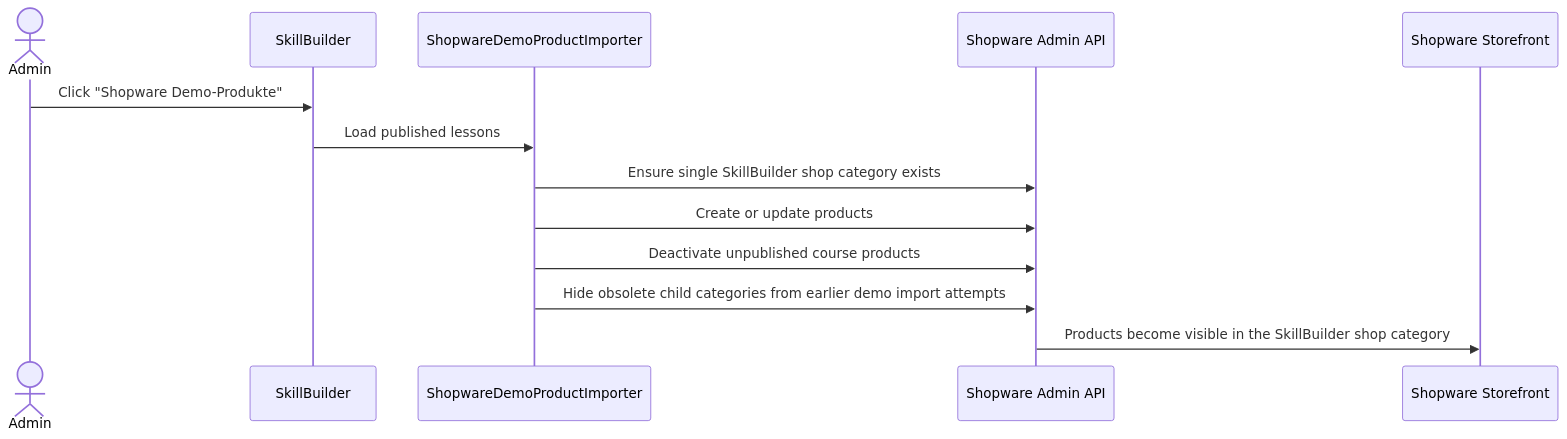
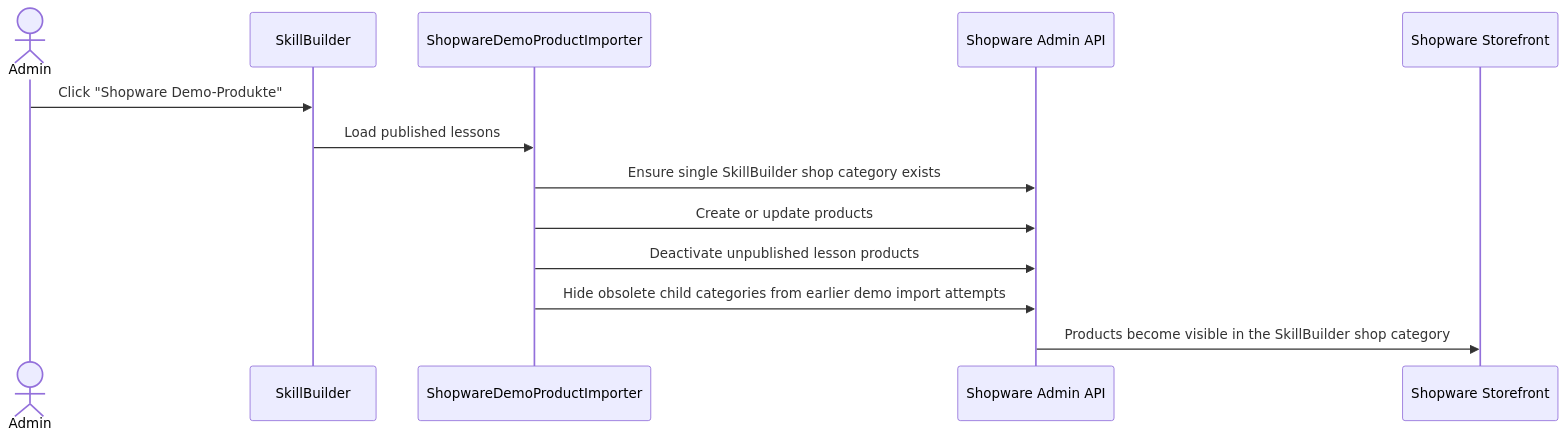
The second of 2 diagrams in docs/architecture.md (roadynet/skillbuilder-showcase), drawn with Mermaid before and after one commit.

Commit message:
Align Shopware lesson wording

````diff
--- a/docs/architecture.md
+++ b/docs/architecture.md
@@ -48,16 +48,16 @@
 ```mermaid
 sequenceDiagram
     actor Admin
     participant SkillBuilder
     participant Importer as ShopwareDemoProductImporter
     participant API as Shopware Admin API
     participant Storefront as Shopware Storefront
 
     Admin->>SkillBuilder: Click "Shopware Demo-Produkte"
     SkillBuilder->>Importer: Load published lessons
     Importer->>API: Ensure single SkillBuilder shop category exists
     Importer->>API: Create or update products
-    Importer->>API: Deactivate unpublished course products
+    Importer->>API: Deactivate unpublished lesson products
     Importer->>API: Hide obsolete child categories from earlier demo import attempts
     API->>Storefront: Products become visible in the SkillBuilder shop category
 ```
````
